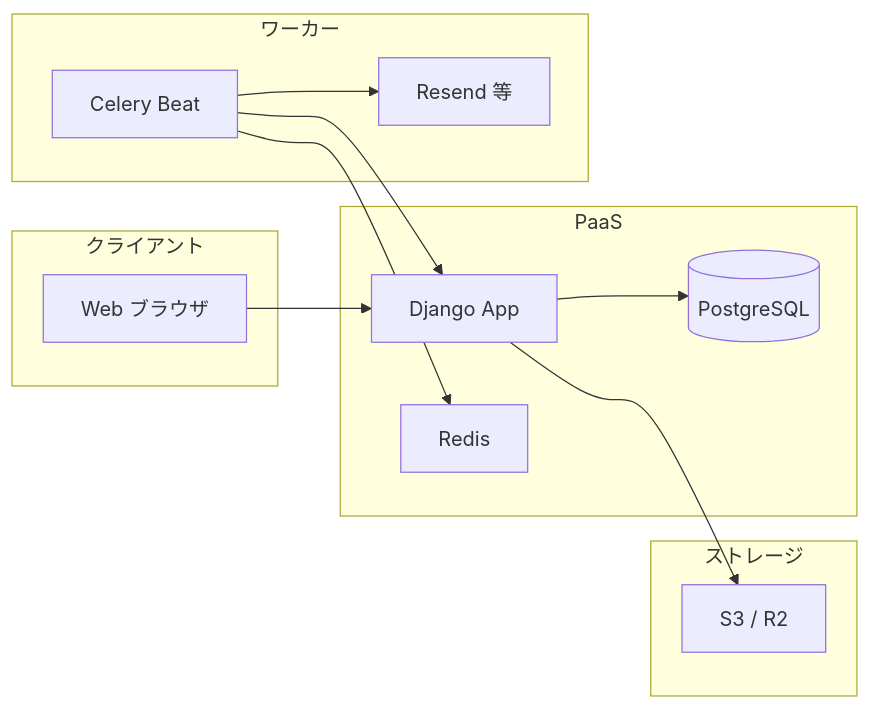
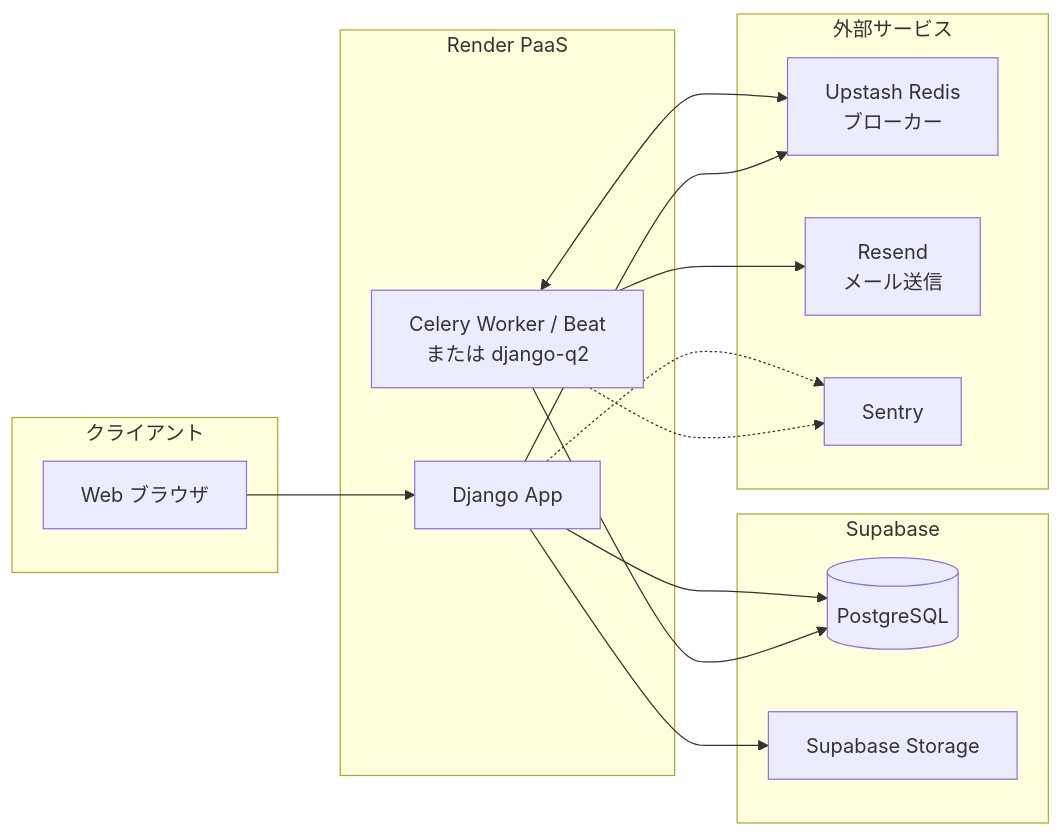
Before and after one commit to KF-5892/bonsai-management: the fourth of 9 diagrams in docs/アーキテクチャ図.md, drawn with Mermaid. The commit also changed other lines of this file and 6 other files, not shown here.

````diff
--- a/docs/アーキテクチャ図.md
+++ b/docs/アーキテクチャ図.md
@@ -33,24 +122,28 @@
 ```mermaid
 flowchart LR
     subgraph client [クライアント]
         Browser[Web ブラウザ]
     end
-    subgraph paas [PaaS]
+    subgraph render [Render PaaS]
         Django[Django App]
+        Worker[Celery Worker / Beat<br/>または django-q2]
+    end
+    subgraph supabase [Supabase]
         PG[(PostgreSQL)]
-        Redis[Redis]
+        Storage[Supabase Storage]
     end
-    subgraph storage [ストレージ]
-        S3[S3 / R2]
-    end
-    subgraph workers [ワーカー]
-        Celery[Celery Beat]
-        Mail[Resend 等]
+    subgraph external [外部サービス]
+        Redis[Upstash Redis<br/>ブローカー]
+        Mail[Resend<br/>メール送信]
+        Sentry[Sentry]
     end
     Browser --> Django
     Django --> PG
-    Django --> S3
-    Celery --> Django
-    Celery --> Mail
-    Celery --> Redis
+    Django --> Storage
+    Django -.-> Sentry
+    Worker --> PG
+    Worker --> Mail
+    Worker <--> Redis
+    Django --> Redis
+    Worker -.-> Sentry
 ```
````
